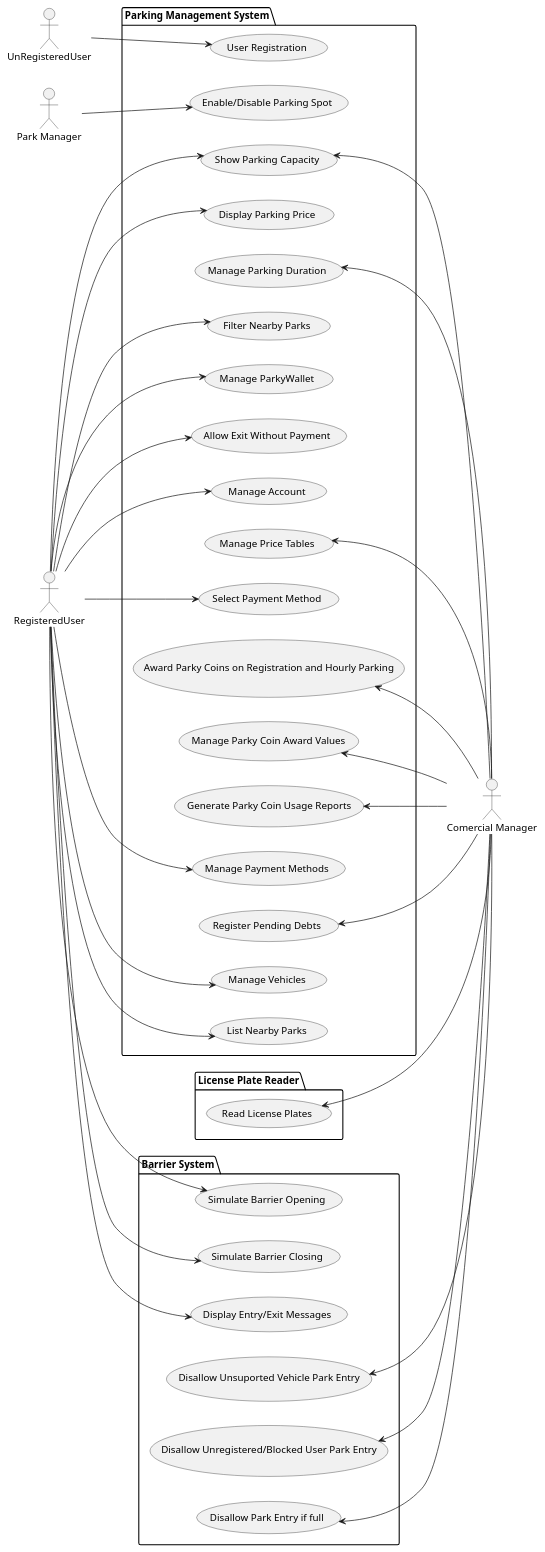
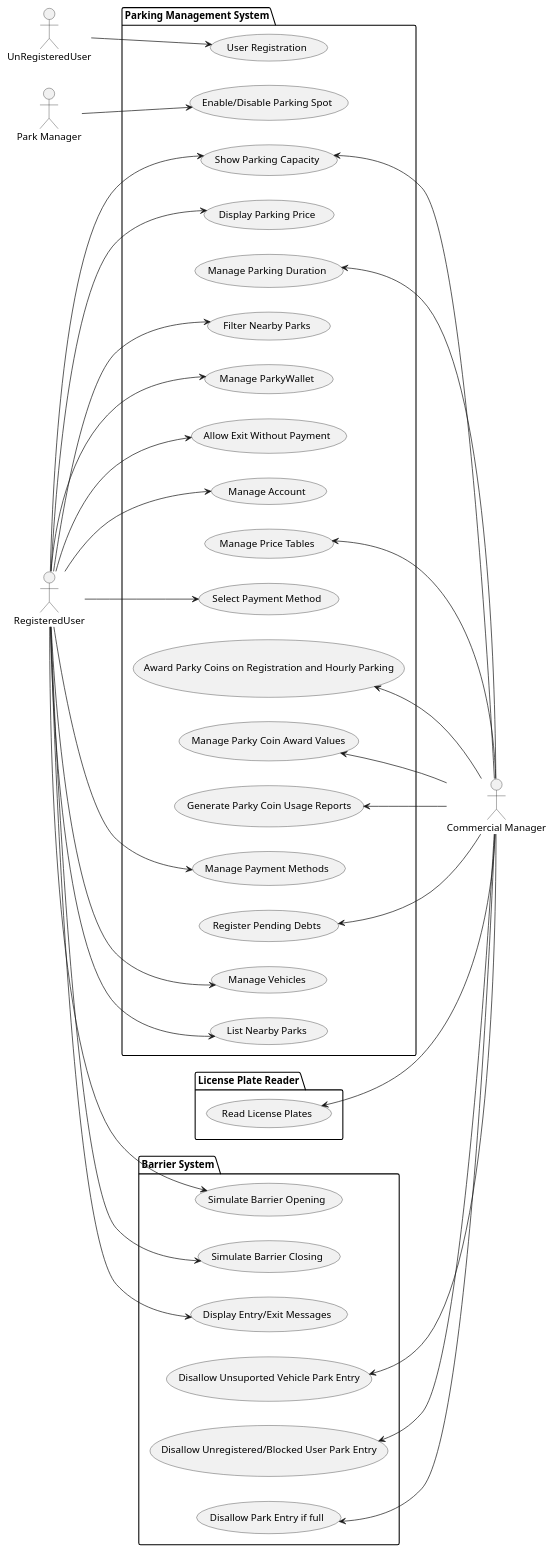
One commit to 1181479/Park_Management_System_GraphQL changed the diagram in diagrams/useCaseDiagram.puml. Above: the diagram before and after it, drawn with PlantUML. The commit also changed 1 other file, not shown here.

```diff
--- a/diagrams/useCaseDiagram.puml
+++ b/diagrams/useCaseDiagram.puml
@@ -1,69 +1,69 @@
 @startuml usercase diagram
 left to right direction
 actor "UnRegisteredUser" as unuser
 actor "RegisteredUser" as user
-actor "Comercial Manager" as manager
+actor "Commercial Manager" as manager
 actor "Park Manager" as park
 
 package "Parking Management System" {
     usecase "User Registration" as UC1
     usecase "Manage Payment Methods" as UC2
     usecase "Manage Vehicles" as UC3
     usecase "List Nearby Parks" as UC4
     usecase "Manage Parking Duration" as UC10
     usecase "Show Parking Capacity" as UC11
     usecase "Display Parking Price" as UC13
     usecase "Filter Nearby Parks" as UC14
     usecase "Manage ParkyWallet" as UC15
     usecase "Manage Price Tables" as UC16
     usecase "Enable/Disable Parking Spot" as UC17
     usecase "Award Parky Coins on Registration and Hourly Parking" as UC18
     usecase "Manage Parky Coin Award Values" as UC19
     usecase "Generate Parky Coin Usage Reports" as UC20
     usecase "Manage Account" as UC21
     usecase "Register Pending Debts" as UC22
     usecase "Select Payment Method" as UC23
     usecase "Allow Exit Without Payment" as UC24
 }
 
 package "License Plate Reader"{
     usecase "Read License Plates" as UC12
 }
 
 package "Barrier System" {
     usecase "Simulate Barrier Opening" as UC5
     usecase "Simulate Barrier Closing" as UC6
     usecase "Display Entry/Exit Messages" as UC7
     usecase "Disallow Unsuported Vehicle Park Entry" as UC8
     usecase "Disallow Unregistered/Blocked User Park Entry" as UC9
     usecase "Disallow Park Entry if full" as UC25
 }
 
 unuser --> UC1
 user --> UC2
 user --> UC3
 user --> UC4
 user --> UC5
 user --> UC6
 user --> UC7
 UC8 <-- manager 
 UC9 <-- manager 
 UC10 <-- manager 
 UC11 <-- manager 
 user --> UC11
 UC12 <-- manager 
 user --> UC13
 user --> UC14
 user --> UC15
 UC16 <-- manager 
 park --> UC17
 UC18 <-- manager 
 UC19 <-- manager 
 UC20 <-- manager 
 user --> UC21
 UC22 <-- manager 
 user --> UC23
 user --> UC24
 UC25 <-- manager 
 
 @enduml
```
